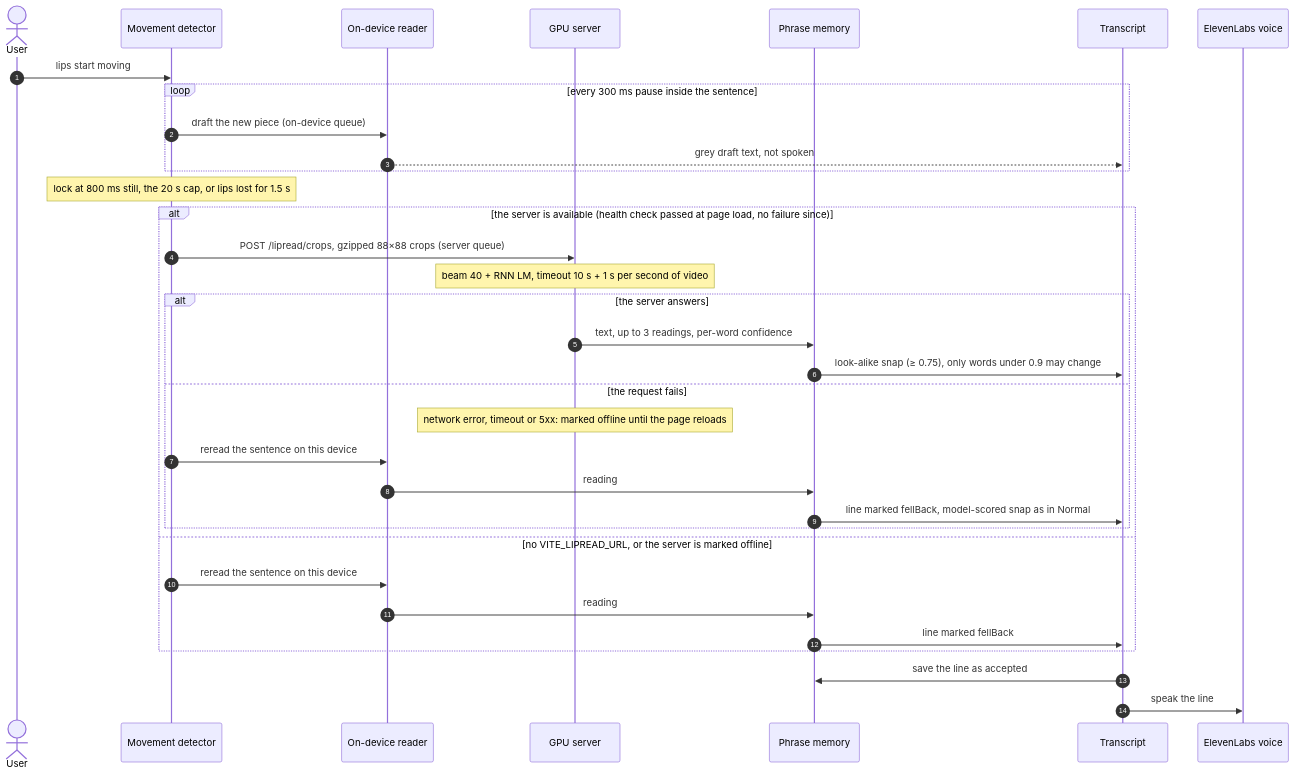
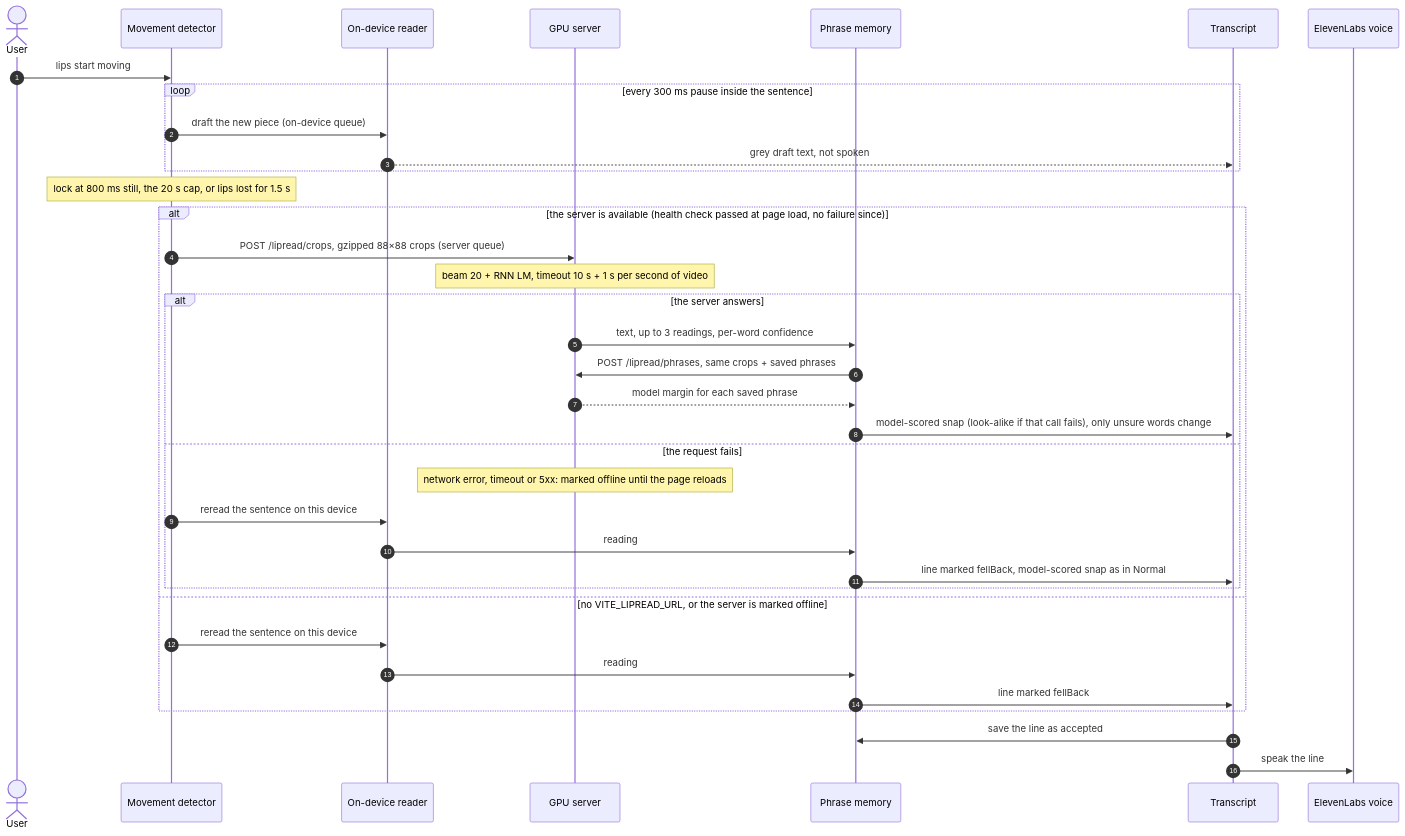
Before and after one commit to LMSAIH/stormhacks2026: the third of 3 diagrams in docs/architecture/modes.md, drawn with Mermaid. The commit also changed other lines of this file and 1 other file, not shown here.

First line of the commit message:
docs(architecture): pipeline and modes follow D82-D90

````diff
--- a/docs/architecture/modes.md
+++ b/docs/architecture/modes.md
@@ -66,36 +67,38 @@
 ```mermaid
 sequenceDiagram
   autonumber
   actor U as User
   participant D as Movement detector
   participant L as On-device reader
   participant S as GPU server
   participant P as Phrase memory
   participant T as Transcript
   participant V as ElevenLabs voice
   U->>D: lips start moving
   loop every 300 ms pause inside the sentence
     D->>L: draft the new piece (on-device queue)
     L-->>T: grey draft text, not spoken
   end
   Note over D: lock at 800 ms still, the 20 s cap, or lips lost for 1.5 s
   alt the server is available (health check passed at page load, no failure since)
     D->>S: POST /lipread/crops, gzipped 88×88 crops (server queue)
-    Note over S: beam 40 + RNN LM, timeout 10 s + 1 s per second of video
+    Note over S: beam 20 + RNN LM, timeout 10 s + 1 s per second of video
     alt the server answers
       S->>P: text, up to 3 readings, per-word confidence
-      P->>T: look-alike snap (≥ 0.75), only words under 0.9 may change
+      P->>S: POST /lipread/phrases, same crops + saved phrases
+      S-->>P: model margin for each saved phrase
+      P->>T: model-scored snap (look-alike if that call fails), only unsure words change
     else the request fails
       Note over S: network error, timeout or 5xx: marked offline until the page reloads
       D->>L: reread the sentence on this device
       L->>P: reading
       P->>T: line marked fellBack, model-scored snap as in Normal
     end
   else no VITE_LIPREAD_URL, or the server is marked offline
     D->>L: reread the sentence on this device
     L->>P: reading
     P->>T: line marked fellBack
   end
   T->>P: save the line as accepted
   T->>V: speak the line
 ```
````
